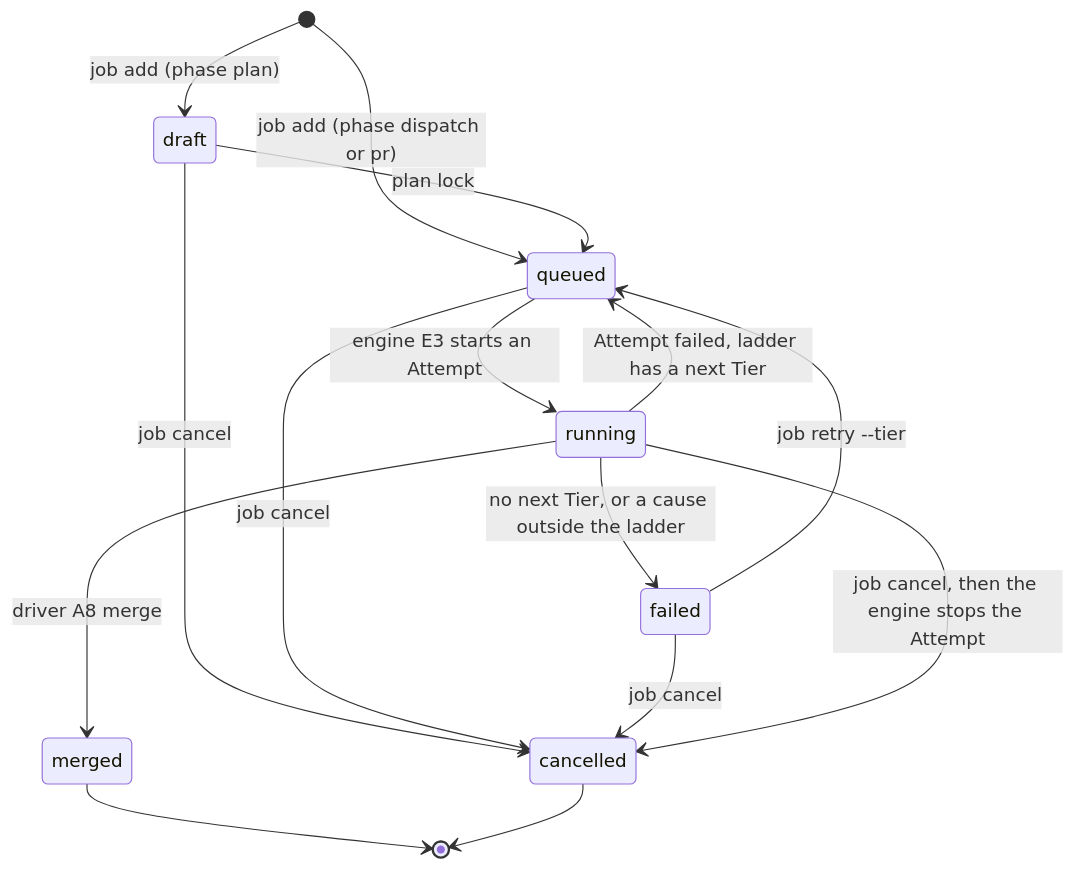
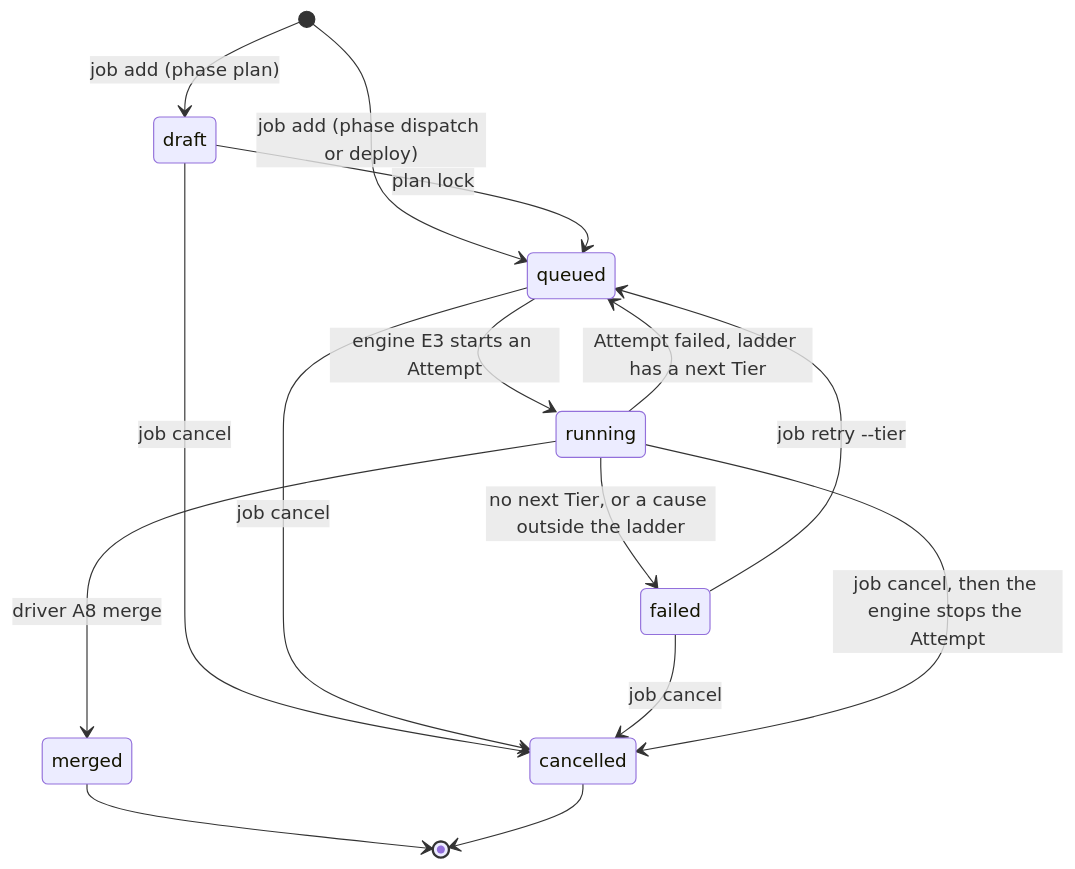
Before and after one commit to clayton-duarte/cpd: the third of 5 diagrams in docs/contract.md, drawn with Mermaid. The commit also changed other lines of this file and 2 other files, not shown here.

Commit message:
docs: the Plan phase pr is called deploy; migration 0008 (hs-d76, hs-d131)

````diff
--- a/docs/contract.md
+++ b/docs/contract.md
@@ -453,17 +455,17 @@
 ```mermaid
 stateDiagram-v2
   [*] --> draft: job add (phase plan)
-  [*] --> queued: job add (phase dispatch or pr)
+  [*] --> queued: job add (phase dispatch or deploy)
   draft --> queued: plan lock
   queued --> running: engine E3 starts an Attempt
   running --> merged: driver A8 merge
   running --> queued: Attempt failed, ladder has a next Tier
   running --> failed: no next Tier, or a cause outside the ladder
   failed --> queued: job retry --tier
   draft --> cancelled: job cancel
   queued --> cancelled: job cancel
   failed --> cancelled: job cancel
   running --> cancelled: job cancel, then the engine stops the Attempt
   merged --> [*]
   cancelled --> [*]
 ```
````
